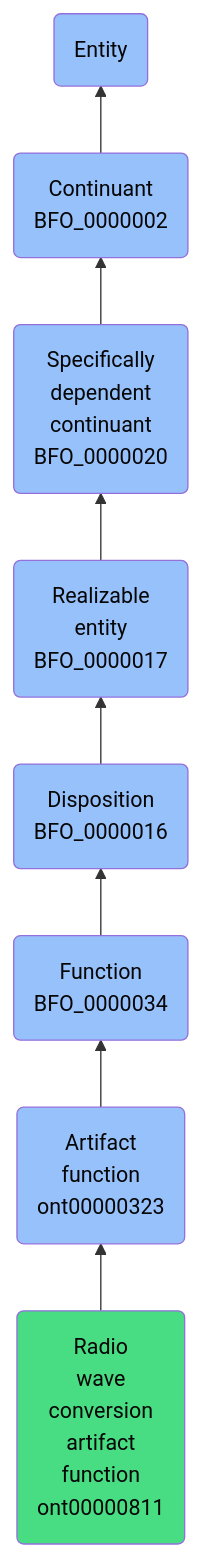
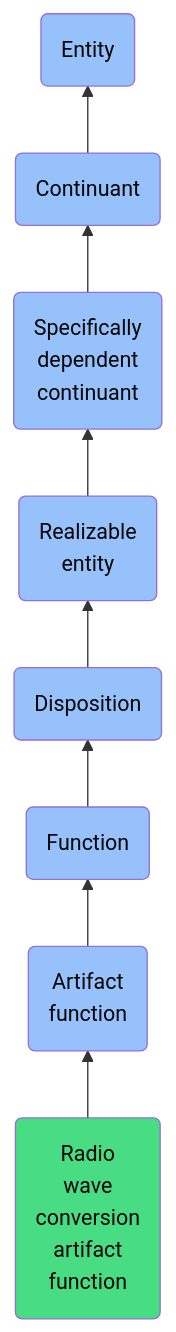
The diagram in docs/ontology/reference/model/Entity/Continuant/Specifically dependent continuant/Realizable entity/Disposition/Function/Artifact function/Radio wave conversion artifact function/Radio wave conversion artifact function.md (jupyter-naas/abi), drawn with Mermaid before and after one commit. The commit also changed other lines of this file and 1430 other files, not shown here.

````diff
--- a/docs/ontology/reference/model/Entity/Continuant/Specifically dependent continuant/Realizable entity/Disposition/Function/Artifact function/Radio wave conversion artifact function/Radio wave conversion artifact function.md
+++ b/docs/ontology/reference/model/Entity/Continuant/Specifically dependent continuant/Realizable entity/Disposition/Function/Artifact function/Radio wave conversion artifact function/Radio wave conversion artifact function.md
@@ -24,15 +24,15 @@
 ```mermaid
 graph BT
-    ont00000811(Radio<br>wave<br>conversion<br>artifact<br>function<br>ont00000811):::ABI-->ont00000323
-    ont00000323(Artifact<br>function<br>ont00000323):::BFO-->BFO_0000034
-    BFO_0000034(Function<br>BFO_0000034):::BFO-->BFO_0000016
-    BFO_0000016(Disposition<br>BFO_0000016):::BFO-->BFO_0000017
-    BFO_0000017(Realizable<br>entity<br>BFO_0000017):::BFO-->BFO_0000020
-    BFO_0000020(Specifically<br>dependent<br>continuant<br>BFO_0000020):::BFO-->BFO_0000002
-    BFO_0000002(Continuant<br>BFO_0000002):::BFO-->BFO_0000001
+    ont00000811(Radio<br>wave<br>conversion<br>artifact<br>function):::ABI-->ont00000323
+    ont00000323(Artifact<br>function):::BFO-->BFO_0000034
+    BFO_0000034(Function):::BFO-->BFO_0000016
+    BFO_0000016(Disposition):::BFO-->BFO_0000017
+    BFO_0000017(Realizable<br>entity):::BFO-->BFO_0000020
+    BFO_0000020(Specifically<br>dependent<br>continuant):::BFO-->BFO_0000002
+    BFO_0000002(Continuant):::BFO-->BFO_0000001
     BFO_0000001(Entity):::BFO
     
     classDef BFO fill:#97c1fb,color:#060606
     classDef CCO fill:#e4c51e,color:#060606
     classDef ABI fill:#48DD82,color:#060606
 ```
````
